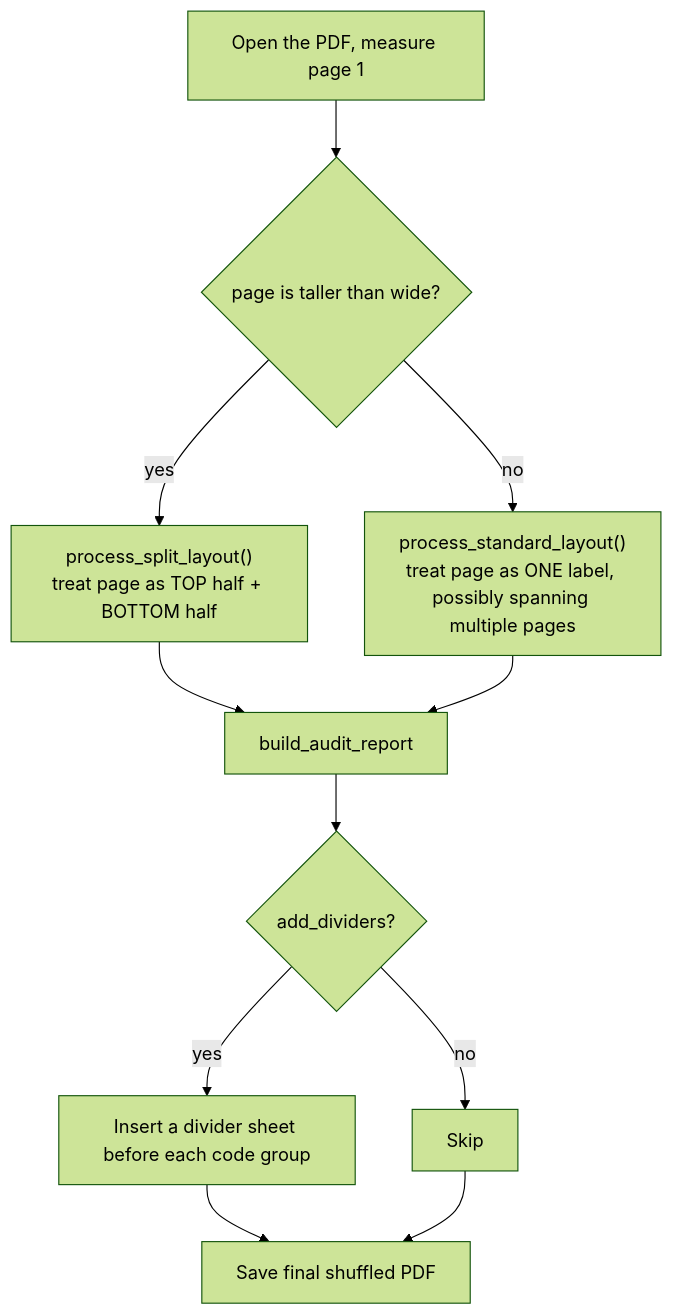
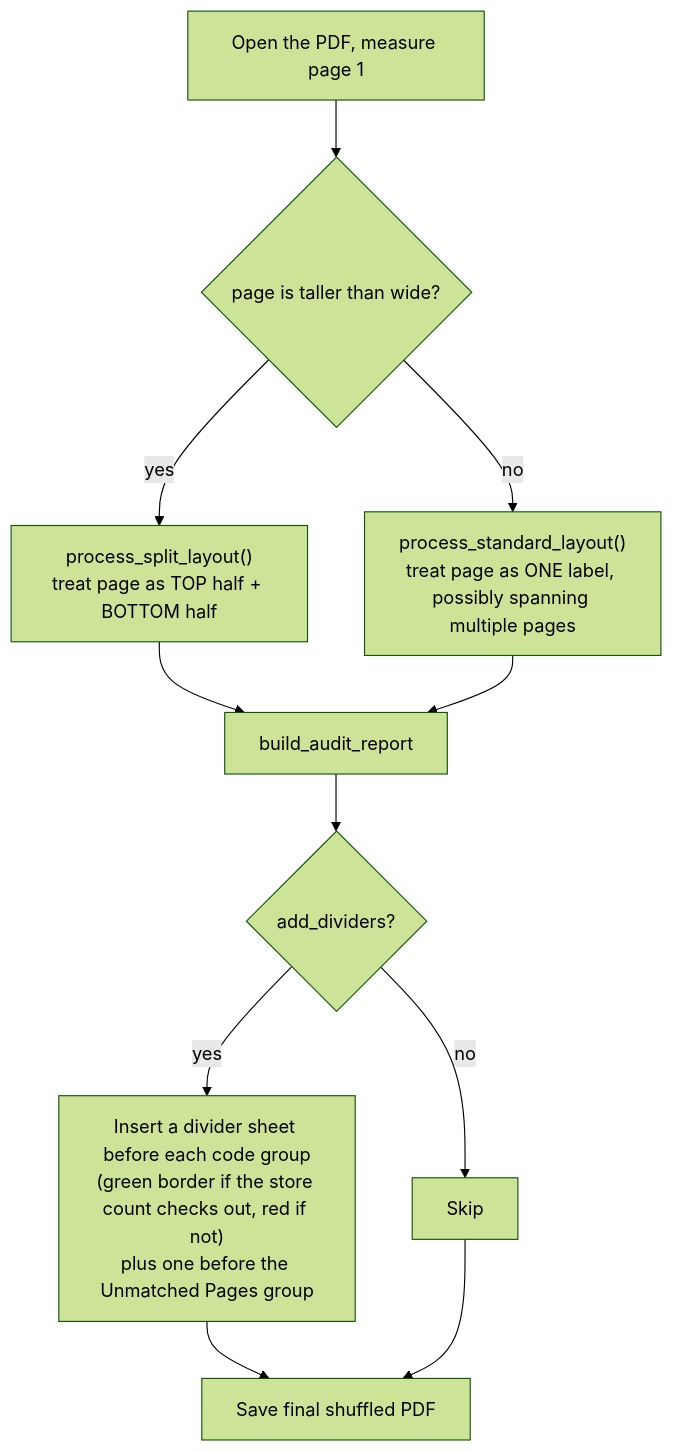
Before and after one commit to nesubat/Warehouse_app: diagram 11 of 16 in CODE_GUIDE.md, drawn with Mermaid (forest theme). The commit also changed other lines of this file and 6 other files, not shown here.

Commit message:
resolved storename collision in pdf shuffler, updated the count of multiple pages stores' labels to count just the stores, added button preview section of both generate packing sheet and pdf shuffler to edit if there is any anomaly in the provided spreadsheet

````diff
--- a/CODE_GUIDE.md
+++ b/CODE_GUIDE.md
@@ -559,13 +561,13 @@
 ```mermaid
 flowchart TD
     A[Open the PDF, measure page 1] --> B{"page is taller than wide?"}
     B -- yes --> C["process_split_layout()\ntreat page as TOP half + BOTTOM half"]
     B -- no --> D["process_standard_layout()\ntreat page as ONE label, possibly spanning multiple pages"]
     C --> E[build_audit_report]
     D --> E
     E --> F{add_dividers?}
-    F -- yes --> G[Insert a divider sheet before each code group]
+    F -- yes --> G["Insert a divider sheet before each code group\n(green border if the store count checks out, red if not)\nplus one before the Unmatched Pages group"]
     F -- no --> H[Skip]
     G --> I[Save final shuffled PDF]
     H --> I
 ```
````
